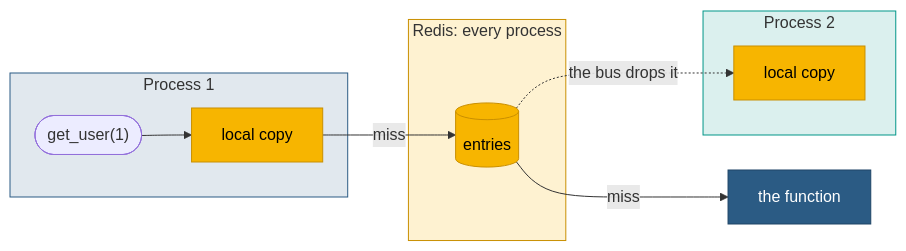
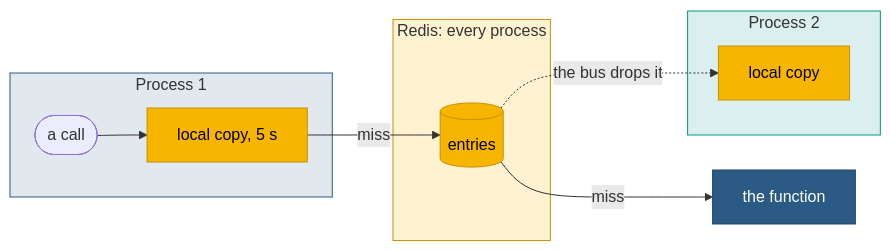
The first of 2 diagrams in docs/guides/backends/near-cache.md (eugeneliukindev/pashe), drawn with Mermaid before and after one commit. The commit also changed 9 other files, not shown here.

Commit message:
docs: show pip install and the badges of the checks in the head, keep the diagrams that show order, branches and time, and raise the bar the examples cover

````diff
--- a/docs/guides/backends/near-cache.md
+++ b/docs/guides/backends/near-cache.md
@@ -24,23 +24,23 @@
 ```mermaid
 flowchart LR
     subgraph p1["Process 1"]
-        request(["get_user(1)"]) --> local1["local copy"]
+        request(["a call"]) --> local1["local copy, 5 s"]
     end
     subgraph p2["Process 2"]
         local2["local copy"]
     end
     subgraph shared["Redis: every process"]
         redis[("entries")]
     end
     source["the function"]
     local1 -- "miss" --> redis
     redis -- "miss" --> source
     redis -. "the bus drops it" .-> local2
     classDef fromCache fill:#f7b500,color:#000000,stroke:#c98f00
     classDef fromSource fill:#2b5b84,color:#ffffff,stroke:#1f4466
     class local1,local2,redis fromCache
     class source fromSource
     style p1 fill:#2b5b8424,stroke:#2b5b84
     style p2 fill:#00968824,stroke:#009688
     style shared fill:#f7b5002e,stroke:#c98f00
 ```
````
